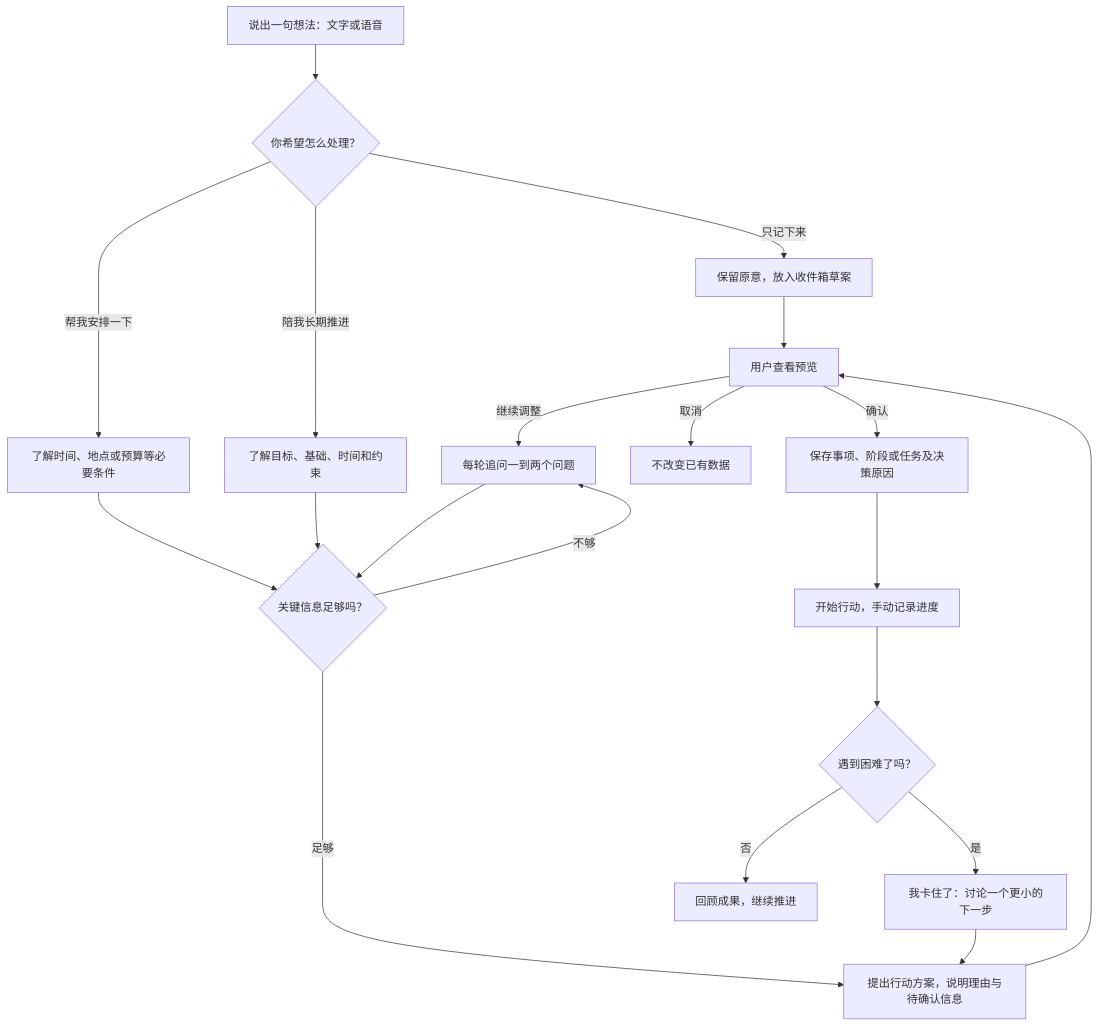
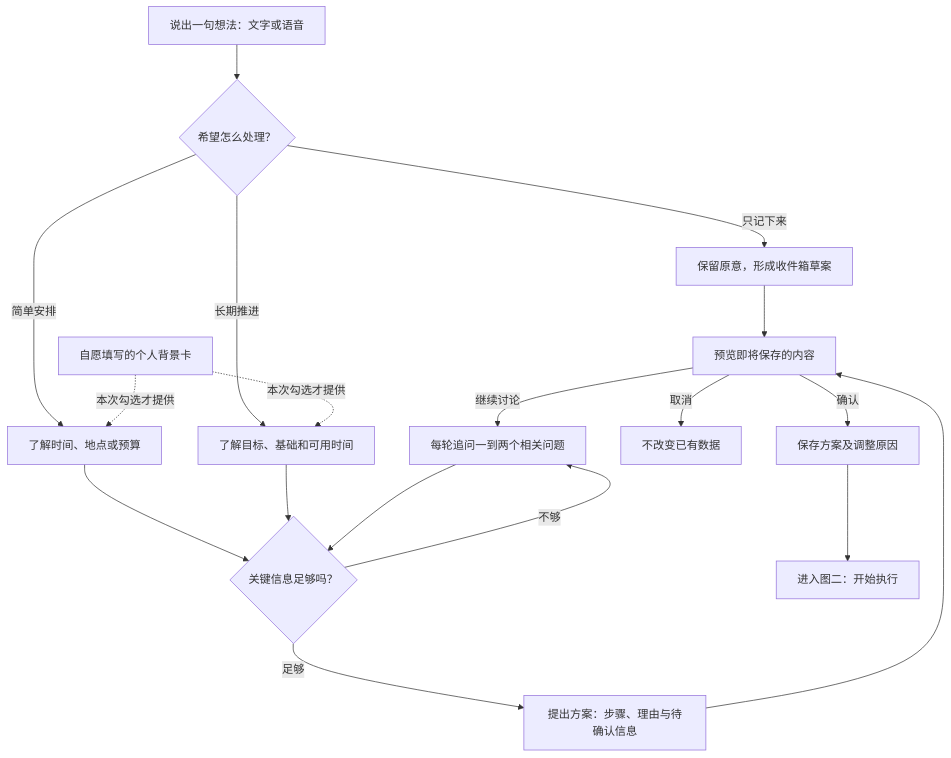
One commit to tangx2872-svg/life-dashboard-agent changed the first of 3 diagrams in docs/知行-Life-Agent-路演说明.md. Above: the diagram before and after it, drawn with Mermaid. The commit also changed other lines of this file, not shown here.

Commit message:
Explain full product lifecycle with three connected flowcharts

````diff
--- a/docs/知行-Life-Agent-路演说明.md
+++ b/docs/知行-Life-Agent-路演说明.md
@@ -20,22 +26,20 @@
 ```mermaid
 flowchart TD
- A[说出一句想法：文字或语音] --> B{你希望怎么处理？}
- B -->|只记下来| C[保留原意，放入收件箱草案]
- B -->|帮我安排一下| D[了解时间、地点或预算等必要条件]
- B -->|陪我长期推进| E[了解目标、基础、时间和约束]
+ A[说出一句想法：文字或语音] --> B{希望怎么处理？}
+ B -->|只记下来| C[保留原意，形成收件箱草案]
+ B -->|简单安排| D[了解时间、地点或预算]
+ B -->|长期推进| E[了解目标、基础和可用时间]
+ P[自愿填写的个人背景卡] -.->|本次勾选才提供| D
+ P -.->|本次勾选才提供| E
  D --> F{关键信息足够吗？}
  E --> F
- F -->|不够| G[每轮追问一到两个问题]
+ F -->|不够| G[每轮追问一到两个相关问题]
  G --> F
- F -->|足够| H[提出行动方案，说明理由与待确认信息]
- C --> I[用户查看预览]
+ F -->|足够| H[提出方案：步骤、理由与待确认信息]
+ C --> I[预览即将保存的内容]
  H --> I
- I -->|继续调整| G
+ I -->|继续讨论| G
  I -->|取消| J[不改变已有数据]
- I -->|确认| K[保存事项、阶段或任务及决策原因]
- K --> L[开始行动，手动记录进度]
- L --> M{遇到困难了吗？}
- M -->|是| N[我卡住了：讨论一个更小的下一步]
- N --> H
- M -->|否| O[回顾成果，继续推进]
+ I -->|确认| K[保存方案及调整原因]
+ K --> L[进入图二：开始执行]
 ```
````
